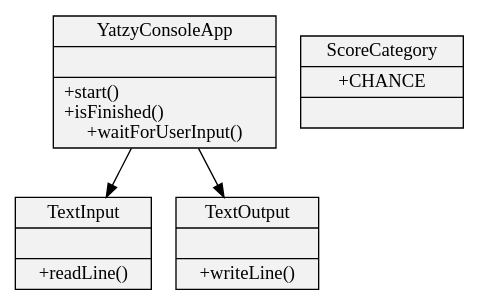
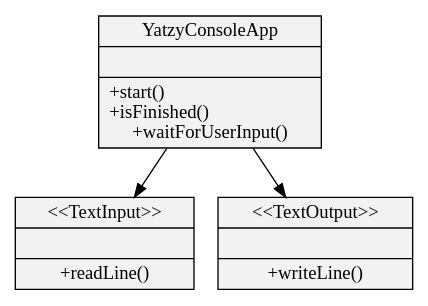
Before and after one commit to uozuAho/yatzyTopDown: the diagram in dev_log/graphviz/walking_skeleton_refactored.dot, drawn with Graphviz. The commit also changed 9 other files, not shown here.

Commit message:
add git tags, make diagrams consistent, tidy

```diff
--- a/dev_log/graphviz/walking_skeleton_refactored.dot
+++ b/dev_log/graphviz/walking_skeleton_refactored.dot
@@ -1,12 +1,11 @@
 digraph walking_skeleton_refactored {
 size="5,5"
 node[shape=record,style=filled,fillcolor=gray95]
 
 1[label = "{YatzyConsoleApp||+start()\l+isFinished()\l+waitForUserInput()}"]
-2[label = "{TextInput||+readLine()}"]
-3[label = "{TextOutput||+writeLine()}"]
-4[label = "{ScoreCategory|+CHANCE|}"]
+2[label = "{\<\<TextInput\>\>||+readLine()}"]
+3[label = "{\<\<TextOutput\>\>||+writeLine()}"]
 
 1->2
 1->3
 }
```
